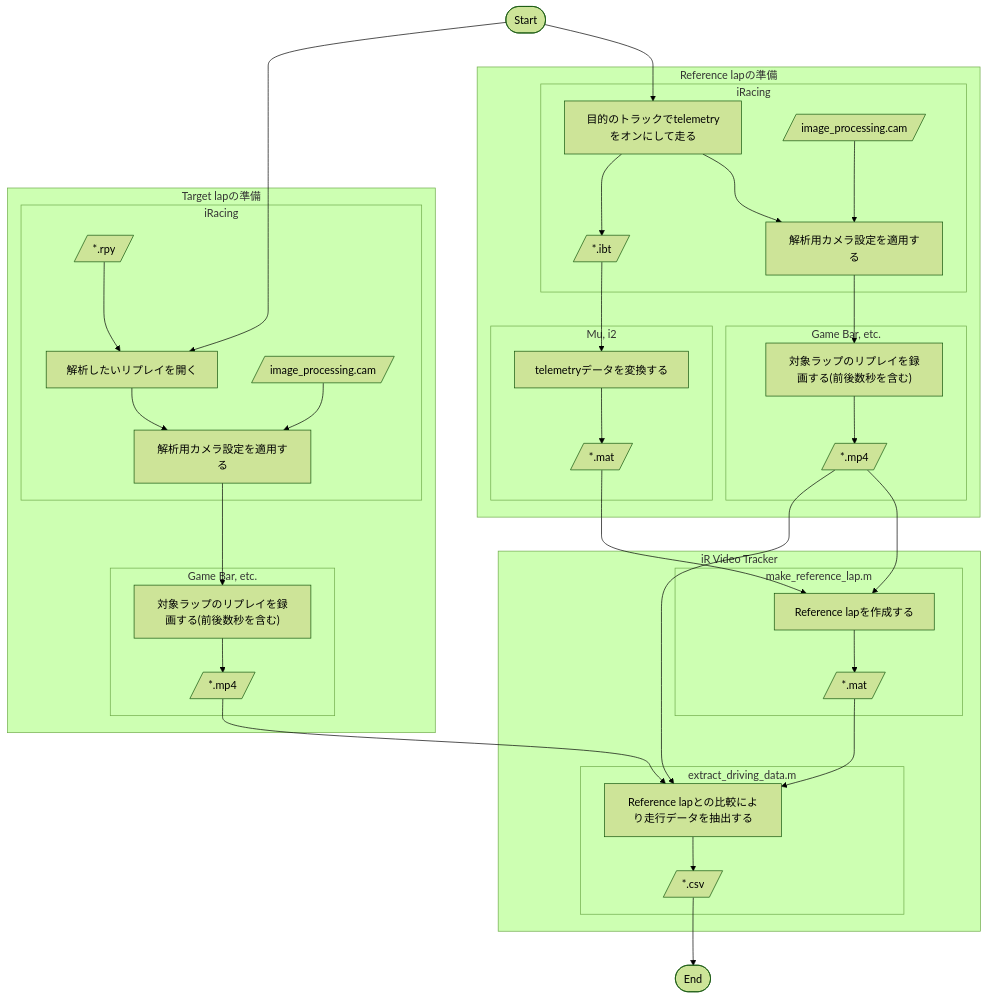
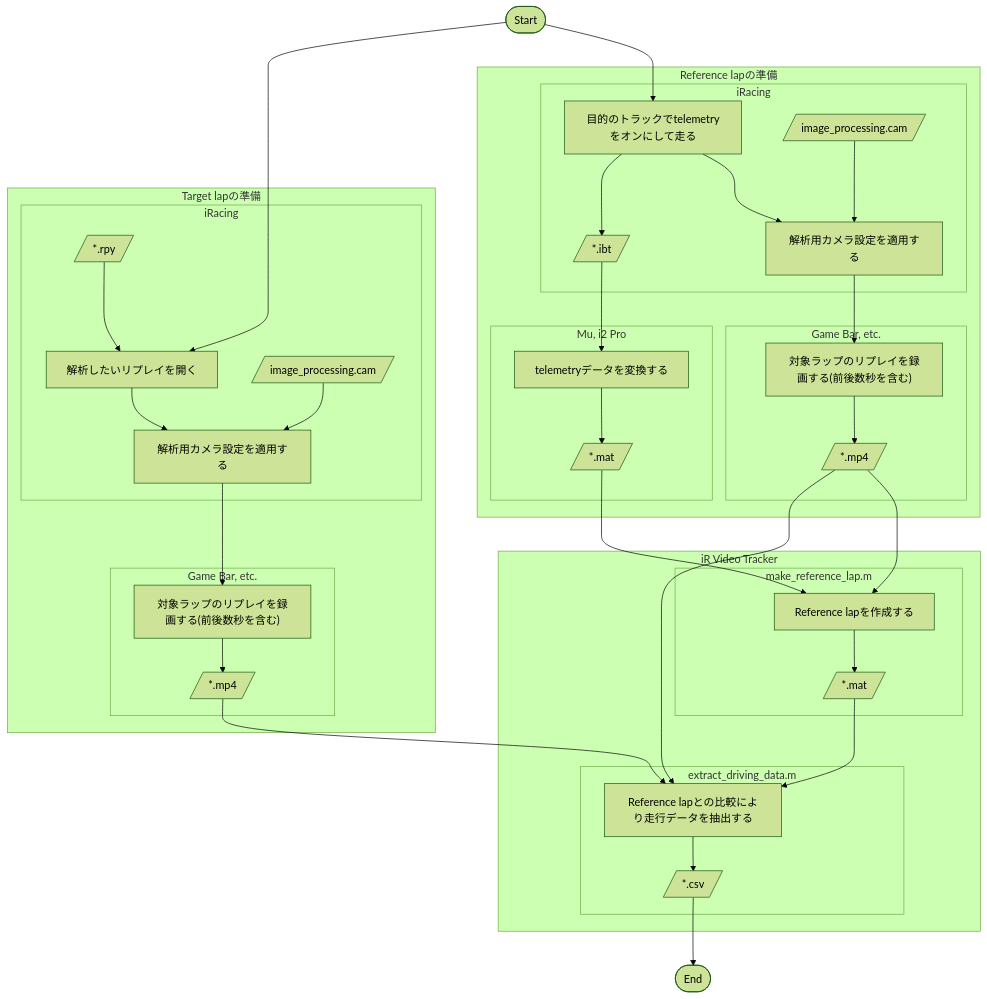
Before and after one commit to Sintaku73/ir-video-tracker: the diagram in README.md, drawn with Mermaid (forest theme). The commit also changed other lines of this file, not shown here.

````diff
--- a/README.md
+++ b/README.md
@@ -27,77 +29,77 @@
 ```mermaid
 flowchart TD
 s([Start])
 e([End])
 run["目的のトラックでtelemetryをオンにして走る"]
 config["解析用カメラ設定を適用する"]
 capture["対象ラップのリプレイを録画する(前後数秒を含む)"]
 open["解析したいリプレイを開く"]
 config2["解析用カメラ設定を適用する"]
 capture2["対象ラップのリプレイを録画する(前後数秒を含む)"]
 ibt2mat["telemetryデータを変換する"]
 ref["Reference lapを作成する"]
 ext["Reference lapとの比較により走行データを抽出する"]
 ibt[/*.ibt/]
 mat[/*.mat/]
 matRef[/*.mat/]
 cam[/image_processing.cam/]
 cam2[/image_processing.cam/]
 mp4[/*.mp4/]
 mp4_2[/*.mp4/]
 replay[/*.rpy/]
 csv[/*.csv/]
 
 s-->run
 s-->open
 csv-->e
 
 subgraph "Reference lapの準備"
     subgraph ir["iRacing"]
         run-->config
         run-->ibt
         cam-->config
     end
 
     ibt-->ibt2mat
 
-    subgraph "Mu, i2"
+    subgraph "Mu, i2 Pro"
         ibt2mat-->mat
     end
 
     config-->capture
 
     subgraph gb["Game Bar, etc."]
         capture-->mp4
     end
 end
 
 subgraph "Target lapの準備"
     subgraph ir2["iRacing"]
         replay-->open-->config2
         cam2-->config2
     end
 
     config2-->capture2
 
     subgraph gb2["Game Bar, etc."]
         capture2-->mp4_2
     end
 end
 
 subgraph "iR Video Tracker"
     subgraph make_reference_lap.m
         ref-->matRef
     end
 
     mp4-->ref
     mat-->ref
 
     matRef-->ext
     mp4-->ext
     mp4_2-->ext
 
     subgraph extract_driving_data.m
         ext-->csv
     end
 end
 ```
````
